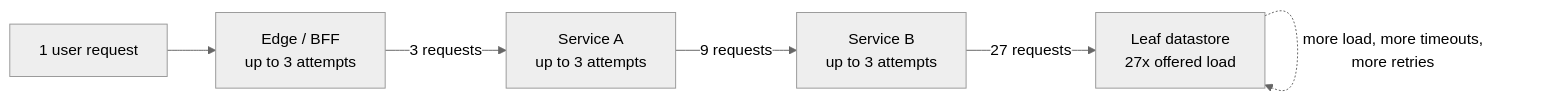
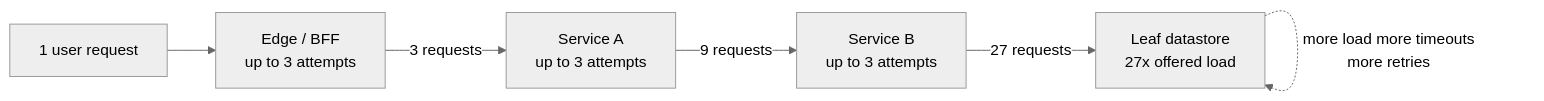
Before and after one commit to bumbsclaw/textbooks: the third of 8 diagrams in vol-03-networking/ch11-network-reliability.md, drawn with Mermaid (neutral theme). The commit also changed other lines of this file and 173 other files, not shown here.

First line of the commit message:
fix(mermaid): close note brackets, semicolons in Notes, stateDiagram br -> dash, edge parens

````diff
--- a/vol-03-networking/ch11-network-reliability.md
+++ b/vol-03-networking/ch11-network-reliability.md
@@ -405,8 +405,8 @@
 ```mermaid
 flowchart LR
   U["1 user request"] --> E["Edge / BFF<br/>up to 3 attempts"]
   E -->|"3 requests"| A["Service A<br/>up to 3 attempts"]
   A -->|"9 requests"| B["Service B<br/>up to 3 attempts"]
   B -->|"27 requests"| L["Leaf datastore<br/>27x offered load"]
-  L -.->|"more load, more timeouts,<br/>more retries"| L
+  L -.->|"more load more timeouts <br >more retries"| L
 ```
````
